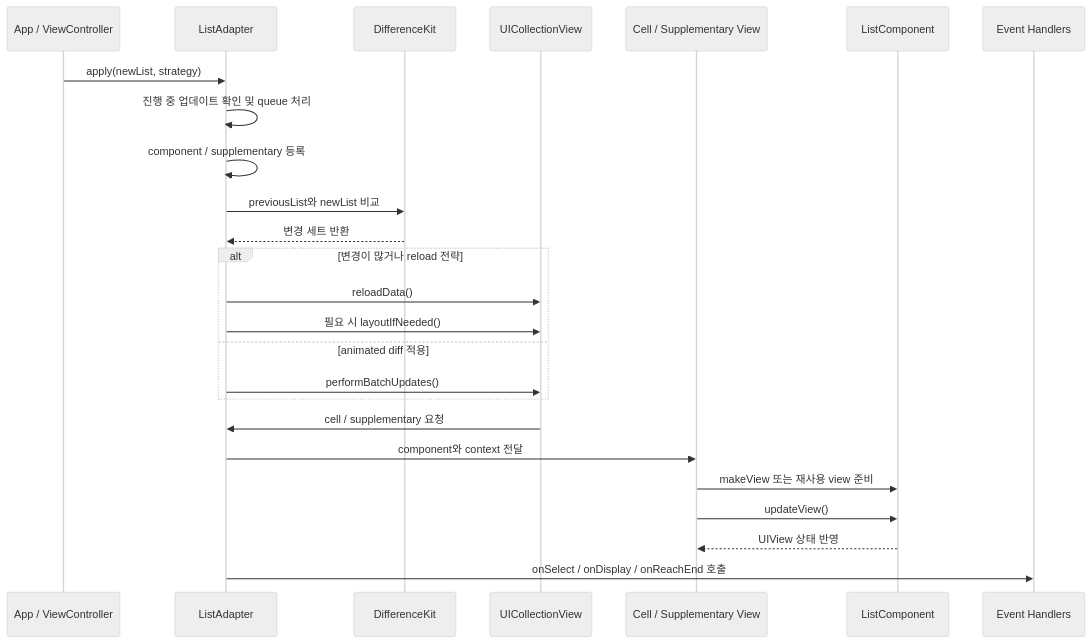
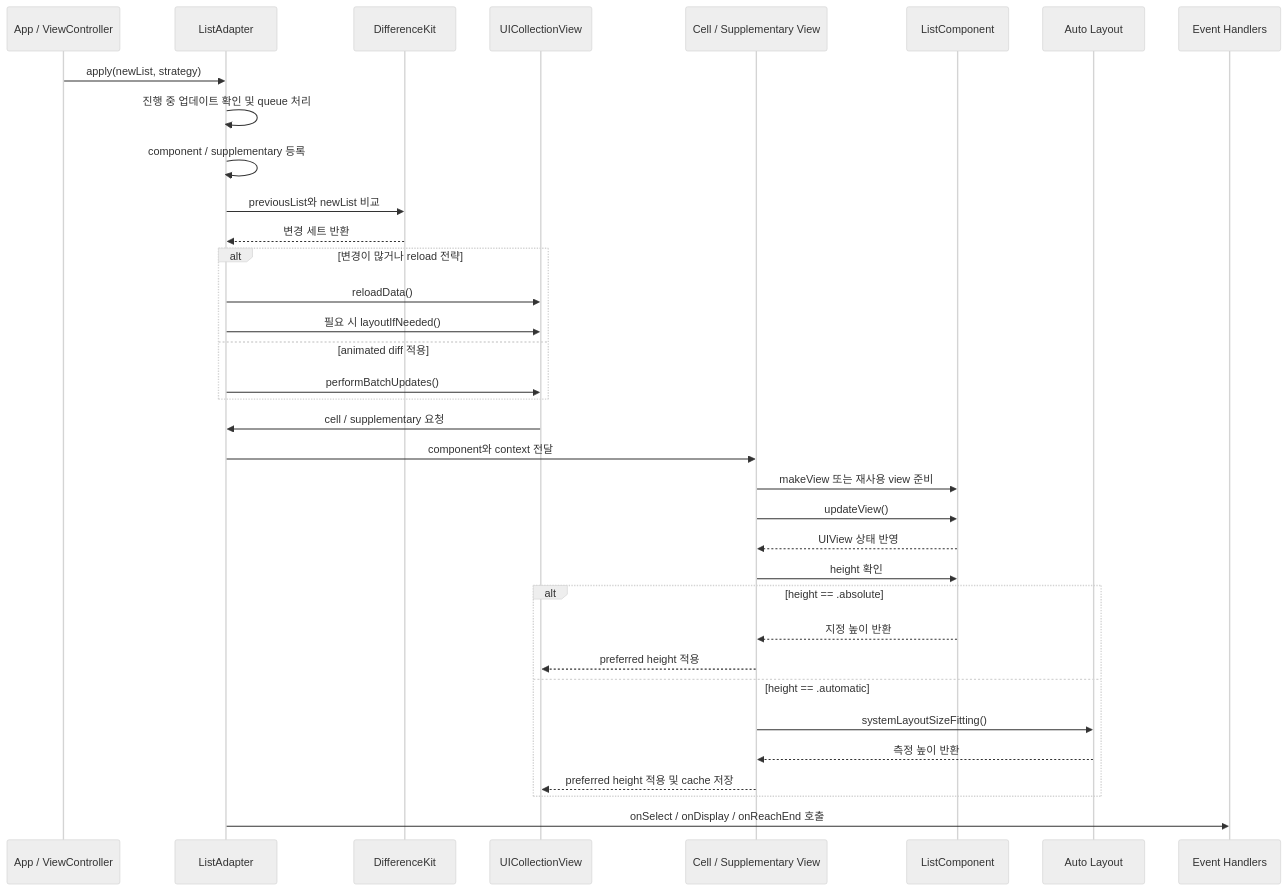
One commit to indextrown/CarbonListKit changed the second of 2 diagrams in README.md. Above: the diagram before and after it, drawn with Mermaid (neutral theme). The commit also changed other lines of this file and 9 other files, not shown here.

Commit message:
feat: ListComponentHeight 기능 추가

````diff
--- a/README.md
+++ b/README.md
@@ -743,30 +778,40 @@
 ```mermaid
 sequenceDiagram
   participant App as App / ViewController
   participant Adapter as ListAdapter
   participant Diff as DifferenceKit
   participant CV as UICollectionView
   participant Cell as Cell / Supplementary View
   participant Component as ListComponent
+  participant Layout as Auto Layout
   participant Event as Event Handlers
 
   App->>Adapter: apply(newList, strategy)
   Adapter->>Adapter: 진행 중 업데이트 확인 및 queue 처리
   Adapter->>Adapter: component / supplementary 등록
   Adapter->>Diff: previousList와 newList 비교
   Diff-->>Adapter: 변경 세트 반환
 
   alt 변경이 많거나 reload 전략
     Adapter->>CV: reloadData()
     Adapter->>CV: 필요 시 layoutIfNeeded()
   else animated diff 적용
     Adapter->>CV: performBatchUpdates()
   end
 
   CV->>Adapter: cell / supplementary 요청
   Adapter->>Cell: component와 context 전달
   Cell->>Component: makeView 또는 재사용 view 준비
   Cell->>Component: updateView()
   Component-->>Cell: UIView 상태 반영
+  Cell->>Component: height 확인
+  alt height == .absolute
+    Component-->>Cell: 지정 높이 반환
+    Cell-->>CV: preferred height 적용
+  else height == .automatic
+    Cell->>Layout: systemLayoutSizeFitting()
+    Layout-->>Cell: 측정 높이 반환
+    Cell-->>CV: preferred height 적용 및 cache 저장
+  end
   Adapter->>Event: onSelect / onDisplay / onReachEnd 호출
 ```
````
